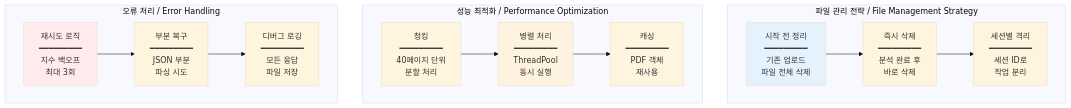
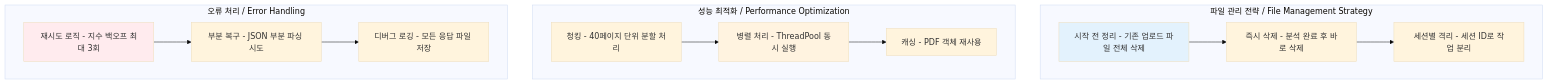
Diagram 18 of 39 in architecture.md (ksw6895/jokbodude), drawn with Mermaid (base theme) before and after one commit. The commit also changed other lines of this file, not shown here.

First line of the commit message:
fix: architecture.md Mermaid 다이어그램 파싱 오류 수정

````diff
--- a/architecture.md
+++ b/architecture.md
@@ -933,31 +933,31 @@
 ```mermaid
 graph TB
     subgraph "파일 관리 전략 / File Management Strategy"
-        FM1[시작 전 정리<br/>━━━━━━━━━<br/>기존 업로드<br/>파일 전체 삭제]
-        FM2[즉시 삭제<br/>━━━━━━━━━<br/>분석 완료 후<br/>바로 삭제]
-        FM3[세션별 격리<br/>━━━━━━━━━<br/>세션 ID로<br/>작업 분리]
+        FM1[시작 전 정리 - 기존 업로드 파일 전체 삭제]
+        FM2[즉시 삭제 - 분석 완료 후 바로 삭제]
+        FM3[세션별 격리 - 세션 ID로 작업 분리]
     end
     
     subgraph "성능 최적화 / Performance Optimization"
-        PO1[청킹<br/>━━━━━━━━━<br/>40페이지 단위<br/>분할 처리]
-        PO2[병렬 처리<br/>━━━━━━━━━<br/>ThreadPool<br/>동시 실행]
-        PO3[캐싱<br/>━━━━━━━━━<br/>PDF 객체<br/>재사용]
+        PO1[청킹 - 40페이지 단위 분할 처리]
+        PO2[병렬 처리 - ThreadPool 동시 실행]
+        PO3[캐싱 - PDF 객체 재사용]
     end
     
     subgraph "오류 처리 / Error Handling"
-        EH1[재시도 로직<br/>━━━━━━━━━<br/>지수 백오프<br/>최대 3회]
-        EH2[부분 복구<br/>━━━━━━━━━<br/>JSON 부분<br/>파싱 시도]
-        EH3[디버그 로깅<br/>━━━━━━━━━<br/>모든 응답<br/>파일 저장]
+        EH1[재시도 로직 - 지수 백오프 최대 3회]
+        EH2[부분 복구 - JSON 부분 파싱 시도]
+        EH3[디버그 로깅 - 모든 응답 파일 저장]
     end
     
     FM1 --> FM2
     FM2 --> FM3
     PO1 --> PO2
     PO2 --> PO3
     EH1 --> EH2
     EH2 --> EH3
     
     style FM1 fill:#e3f2fd
     style PO2 fill:#fff3e0
     style EH1 fill:#ffebee
 ```
````
